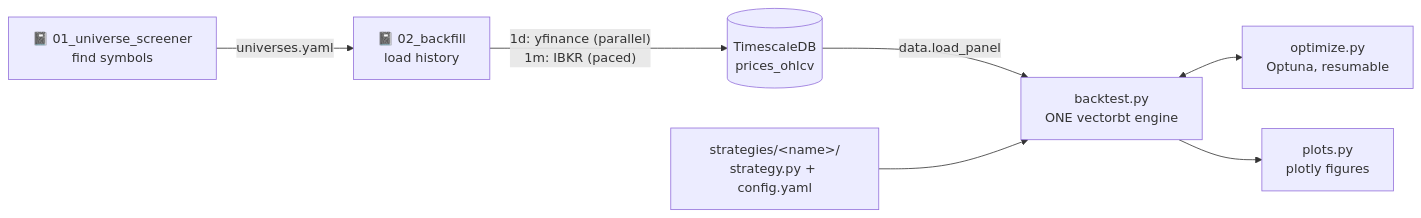
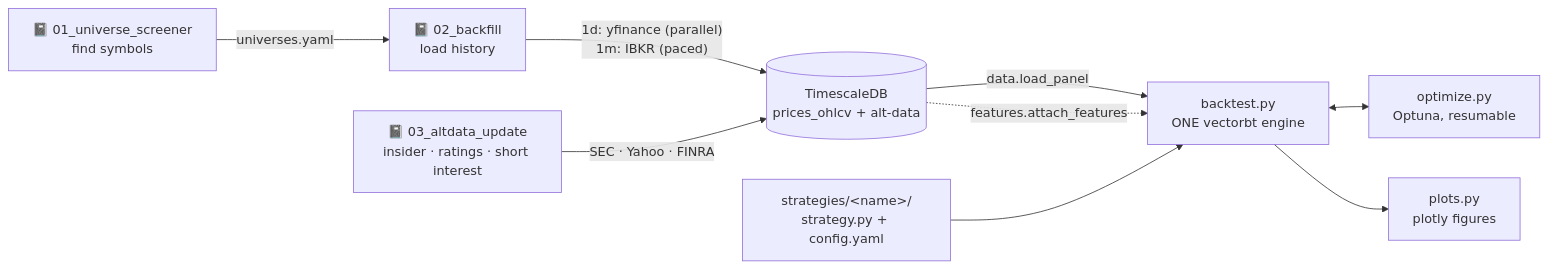
Before and after one commit to violabeca/stock-trading-simple: the diagram in README.md, drawn with Mermaid. The commit also changed other lines of this file and 42 other files, not shown here.

````diff
--- a/README.md
+++ b/README.md
@@ -11,9 +11,11 @@
 ```mermaid
 flowchart LR
     A["📓 01_universe_screener<br>find symbols"] -->|universes.yaml| B["📓 02_backfill<br>load history"]
-    B -->|"1d: yfinance (parallel)<br>1m: IBKR (paced)"| C[("TimescaleDB<br>prices_ohlcv")]
+    B -->|"1d: yfinance (parallel)<br>1m: IBKR (paced)"| C[("TimescaleDB<br>prices_ohlcv + alt-data")]
+    G["📓 03_altdata_update<br>insider · ratings · short interest"] -->|"SEC · Yahoo · FINRA"| C
     C -->|data.load_panel| D["backtest.py<br>ONE vectorbt engine"]
+    C -.->|features.attach_features| D
     S["strategies/&lt;name&gt;/<br>strategy.py + config.yaml"] --> D
     D <--> E["optimize.py<br>Optuna, resumable"]
     D --> F["plots.py<br>plotly figures"]
 ```
````
